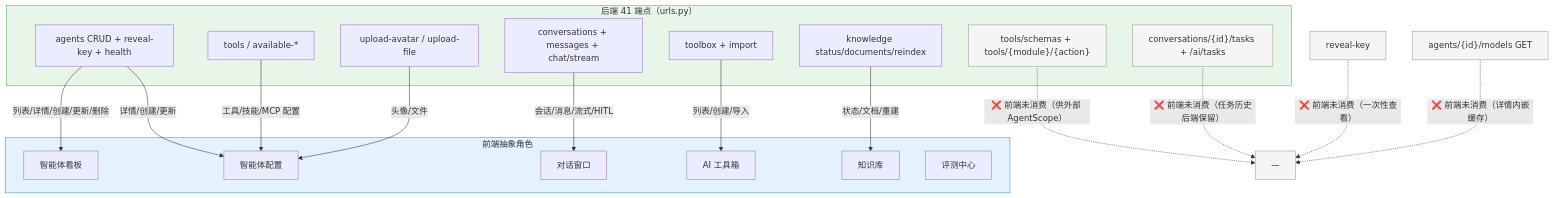
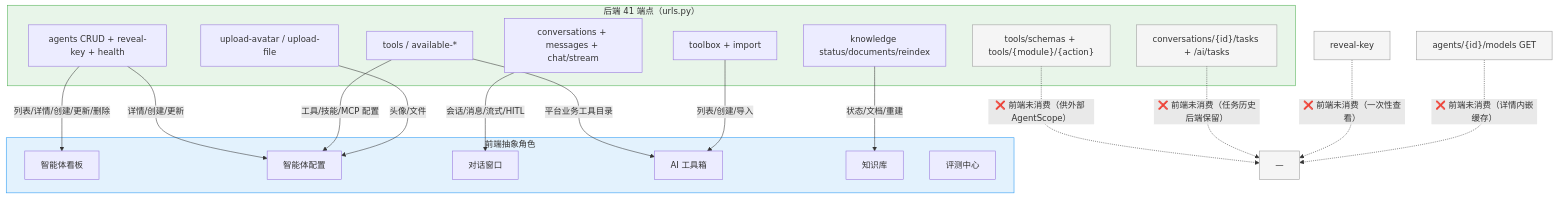
One commit to Kahoku-lazy/Android-AutoTests changed the fourth of 5 diagrams in dev_docs/03-设计与架构/ARCH-08-AI助手.md. Above: the diagram before and after it, drawn with Mermaid. The commit also changed other lines of this file and 160 other files, not shown here.

````diff
--- a/dev_docs/03-设计与架构/ARCH-08-AI助手.md
+++ b/dev_docs/03-设计与架构/ARCH-08-AI助手.md
@@ -149,43 +149,44 @@
 ```mermaid
 flowchart TB
     subgraph API["后端 41 端点（urls.py）"]
         A["agents CRUD + reveal-key + health"]
         C["conversations + messages + chat/stream"]
         T["tools / available-*"]
         K["knowledge status/documents/reindex"]
         TB["toolbox + import"]
         U["upload-avatar / upload-file"]
         GW["tools/schemas + tools/{module}/{action}"]
         TASK["conversations/{id}/tasks + /ai/tasks"]
     end
 
     subgraph FE["前端抽象角色"]
         BOARD["智能体看板"]
         DETAIL["智能体配置"]
         CHAT["对话窗口"]
         TOOLBOX["AI 工具箱"]
         KB["知识库"]
         EVAL["评测中心"]
     end
 
     A -->|"列表/详情/创建/更新/删除"| BOARD
     A -->|"详情/创建/更新"| DETAIL
     C -->|"会话/消息/流式/HITL"| CHAT
     T -->|"工具/技能/MCP 配置"| DETAIL
+    T -->|"平台业务工具目录"| TOOLBOX
     K -->|"状态/文档/重建"| KB
     TB -->|"列表/创建/导入"| TOOLBOX
     U -->|"头像/文件"| DETAIL
 
     GW -.->|"❌ 前端未消费（供外部 AgentScope）"| NO["—"]
     TASK -.->|"❌ 前端未消费（任务历史后端保留）"| NO
     REVEAL["reveal-key"] -.->|"❌ 前端未消费（一次性查看）"| NO
     MODELS["agents/{id}/models GET"] -.->|"❌ 前端未消费（详情内嵌缓存）"| NO
 
     style API fill:#e8f5e9,stroke:#4caf50
     style FE fill:#e3f2fd,stroke:#2196f3
     style GW fill:#f5f5f5,stroke:#999
     style TASK fill:#f5f5f5,stroke:#999
     style REVEAL fill:#f5f5f5,stroke:#999
     style MODELS fill:#f5f5f5,stroke:#999
     style NO fill:#f5f5f5,stroke:#999
 ```
````
